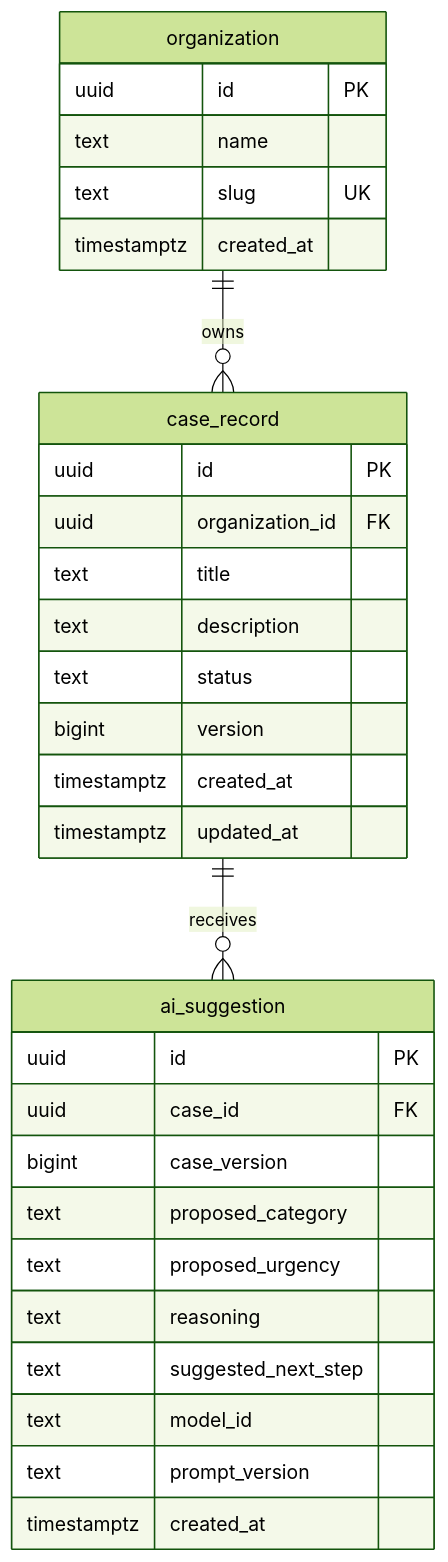
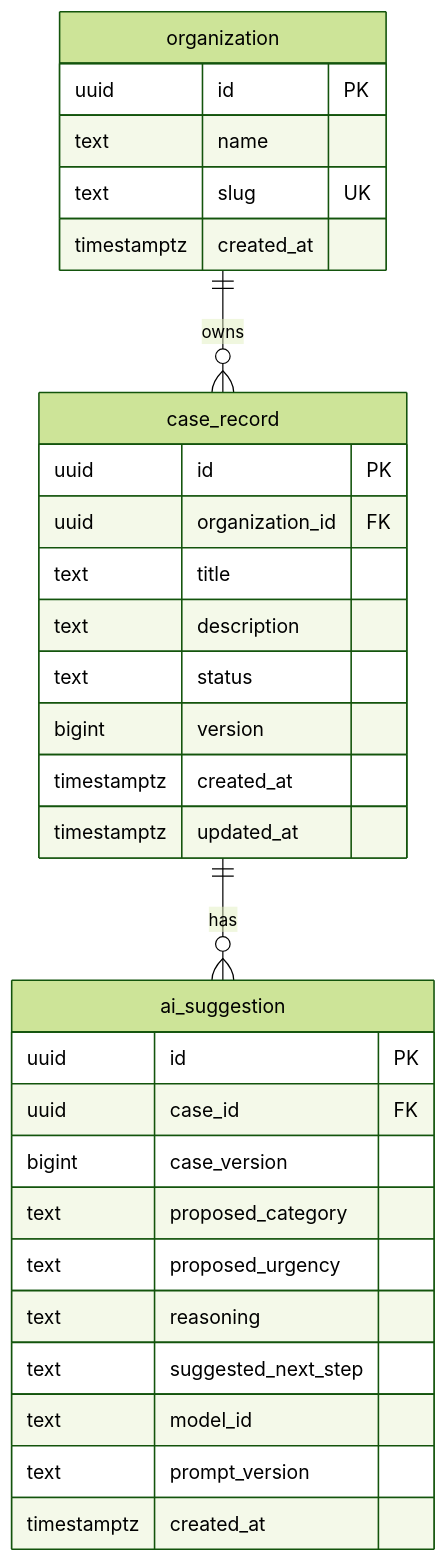
The first of 2 diagrams in docs/data-model.md (asadhanif3188/Enterprise-AI-Service-Operations), drawn with Mermaid (forest theme) before and after one commit. The commit also changed other lines of this file and 1 other file, not shown here.

First line of the commit message:
docs: revise data model and align case states in DEC-003

````diff
--- a/docs/data-model.md
+++ b/docs/data-model.md
@@ -67,36 +20,36 @@
 ```mermaid
 erDiagram
     organization ||--o{ case_record : owns
-    case_record ||--o{ ai_suggestion : receives
+    case_record ||--o{ ai_suggestion : has
 
     organization {
         uuid id PK
         text name
         text slug UK
         timestamptz created_at
     }
 
     case_record {
         uuid id PK
         uuid organization_id FK
         text title
         text description
         text status
         bigint version
         timestamptz created_at
         timestamptz updated_at
     }
 
     ai_suggestion {
         uuid id PK
         uuid case_id FK
         bigint case_version
         text proposed_category
         text proposed_urgency
         text reasoning
         text suggested_next_step
         text model_id
         text prompt_version
         timestamptz created_at
     }
 ```
````
